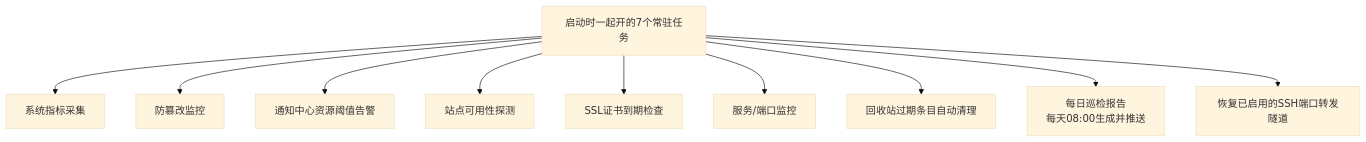
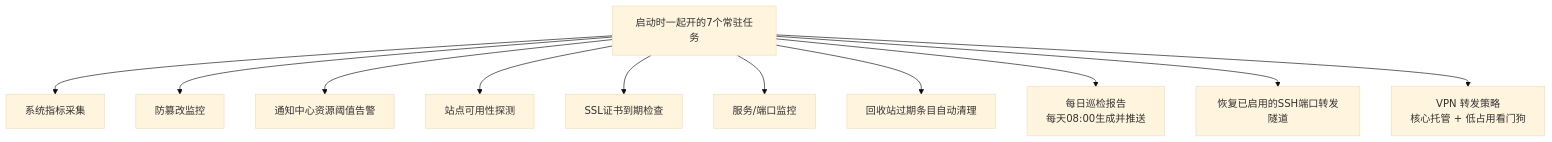
Before and after one commit to wuhulab/Graw: the first of 2 diagrams in GETMEREAD/05-数据存储与后台任务.md, drawn with Mermaid (base theme). The commit also changed other lines of this file and 49 other files, not shown here.

````diff
--- a/GETMEREAD/05-数据存储与后台任务.md
+++ b/GETMEREAD/05-数据存储与后台任务.md
@@ -35,12 +36,13 @@
 ```mermaid
 flowchart TD
     A[启动时一起开的7个常驻任务] --> B[系统指标采集]
     A --> C[防篡改监控]
     A --> D[通知中心资源阈值告警]
     A --> E[站点可用性探测]
     A --> F[SSL证书到期检查]
     A --> G[服务/端口监控]
     A --> H[回收站过期条目自动清理]
     A --> I[每日巡检报告<br/>每天08:00生成并推送]
     A --> J[恢复已启用的SSH端口转发隧道]
+    A --> K[VPN 转发策略<br/>核心托管 + 低占用看门狗]
 ```
````
